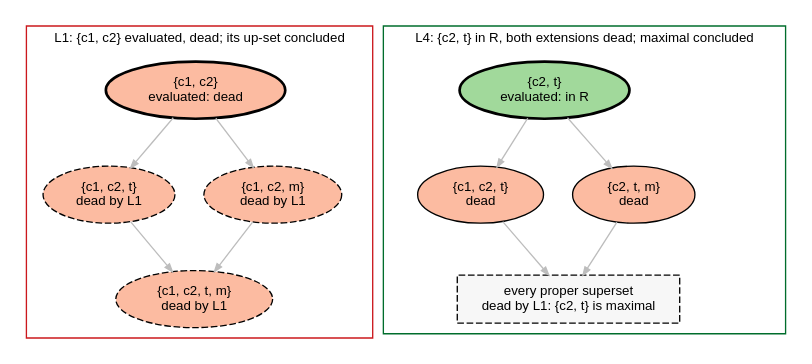
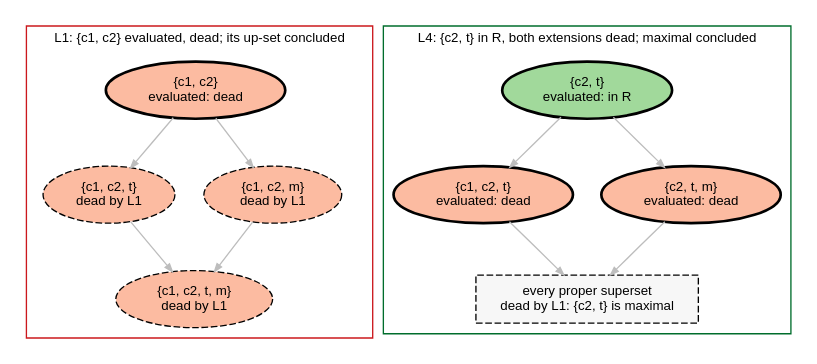
The second of 3 diagrams in docs/ein/reasoning/02-kb-evolution/07-finding-r.md (agutikov/ein), drawn with Graphviz before and after one commit. The commit also changed other lines of this file and 5 other files, not shown here.

````diff
--- a/docs/ein/reasoning/02-kb-evolution/07-finding-r.md
+++ b/docs/ein/reasoning/02-kb-evolution/07-finding-r.md
@@ -311,23 +313,23 @@
 ```dot
 digraph licences {
   graph [rankdir=TB, nodesep=0.3, ranksep=0.5, fontname="Helvetica", fontsize=10, newrank=true];
   node [fontname="Helvetica", fontsize=10, shape=ellipse, style=filled];
   edge [arrowsize=0.6, color="#bdbdbd"];
   subgraph cluster_l1 {
     label="L1: {c1, c2} evaluated, dead; its up-set concluded"; fontsize=10; color="#cb181d";
     d [label="{c1, c2}\nevaluated: dead", fillcolor="#fcbba1", penwidth=2];
     d1 [label="{c1, c2, t}\ndead by L1", fillcolor="#fcbba1", style="filled,dashed"];
     d2 [label="{c1, c2, m}\ndead by L1", fillcolor="#fcbba1", style="filled,dashed"];
     d3 [label="{c1, c2, t, m}\ndead by L1", fillcolor="#fcbba1", style="filled,dashed"];
     d -> d1; d -> d2; d1 -> d3; d2 -> d3;
   }
   subgraph cluster_l4 {
     label="L4: {c2, t} in R, both extensions dead; maximal concluded"; fontsize=10; color="#006d2c";
     s [label="{c2, t}\nevaluated: in R", fillcolor="#a1d99b", penwidth=2];
-    s1 [label="{c1, c2, t}\ndead", fillcolor="#fcbba1"];
-    s2 [label="{c2, t, m}\ndead", fillcolor="#fcbba1"];
+    s1 [label="{c1, c2, t}\nevaluated: dead", fillcolor="#fcbba1", penwidth=2];
+    s2 [label="{c2, t, m}\nevaluated: dead", fillcolor="#fcbba1", penwidth=2];
     s3 [label="every proper superset\ndead by L1: {c2, t} is maximal", shape=box, fillcolor="#f7f7f7", style="filled,dashed"];
     s -> s1; s -> s2; s1 -> s3; s2 -> s3;
   }
 }
 ```
````
